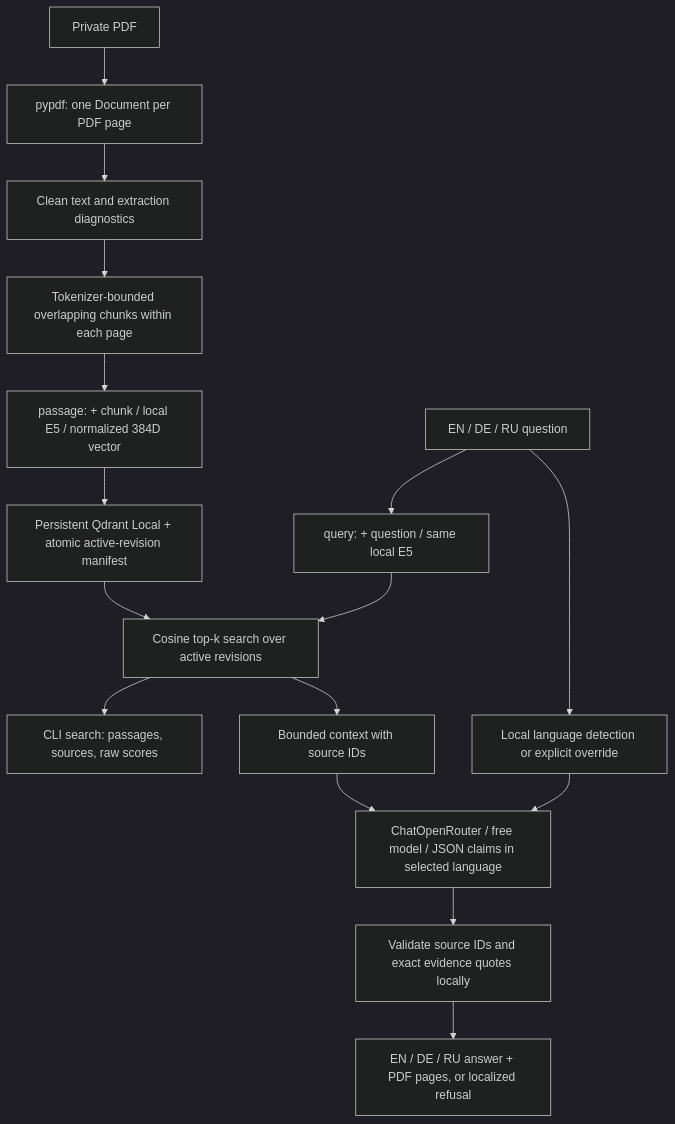
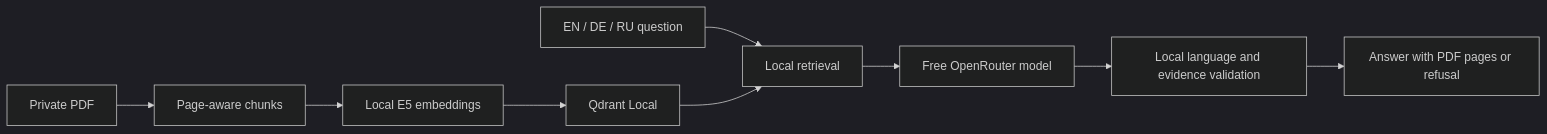
One commit to cryptoadya/garage-rag changed the diagram in README.md. Above: the diagram before and after it, drawn with Mermaid (dark theme). The commit also changed other lines of this file and 5 other files, not shown here.

````diff
--- a/README.md
+++ b/README.md
@@ -150,18 +80,11 @@
 ```mermaid
-flowchart TD
-    A[Private PDF] --> B[pypdf: one Document per PDF page]
-    B --> C[Clean text and extraction diagnostics]
-    C --> D[Tokenizer-bounded overlapping chunks within each page]
-    D --> E[passage: + chunk / local E5 / normalized 384D vector]
-    E --> F[Persistent Qdrant Local + atomic active-revision manifest]
-    Q[EN / DE / RU question] --> G[query: + question / same local E5]
-    Q --> N[Local language detection or explicit override]
-    G --> H[Cosine top-k search over active revisions]
-    F --> H
-    H --> I[CLI search: passages, sources, raw scores]
-    H --> J[Bounded context with source IDs]
-    J --> K[ChatOpenRouter / free model / JSON claims in selected language]
-    N --> K
-    K --> L[Validate source IDs and exact evidence quotes locally]
-    L --> M[EN / DE / RU answer + PDF pages, or localized refusal]
+flowchart LR
+    PDF[Private PDF] --> Chunks[Page-aware chunks]
+    Chunks --> E5[Local E5 embeddings]
+    E5 --> Index[Qdrant Local]
+    Question[EN / DE / RU question] --> Retrieval[Local retrieval]
+    Index --> Retrieval
+    Retrieval --> Model[Free OpenRouter model]
+    Model --> Validation[Local language and evidence validation]
+    Validation --> Answer[Answer with PDF pages or refusal]
 ```
````
